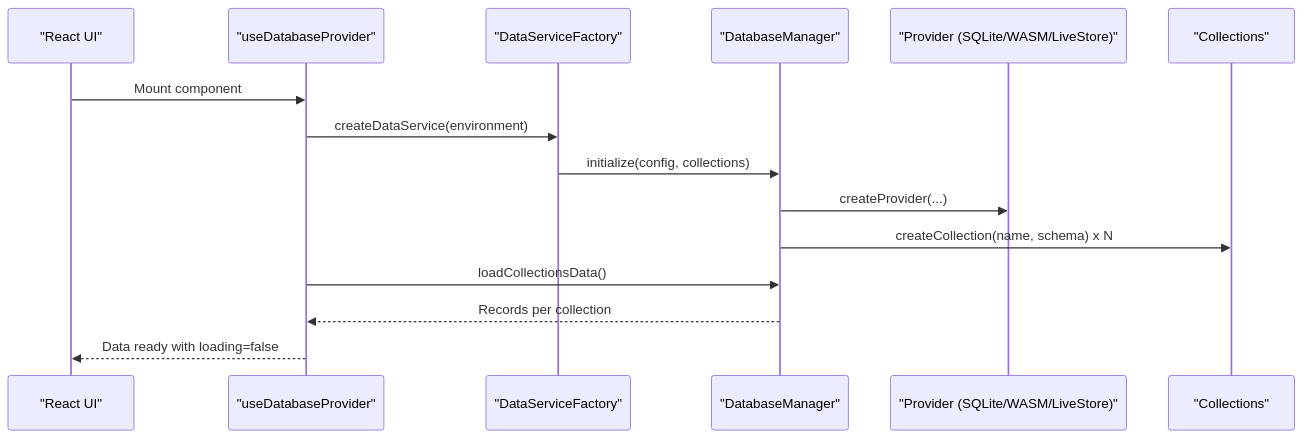
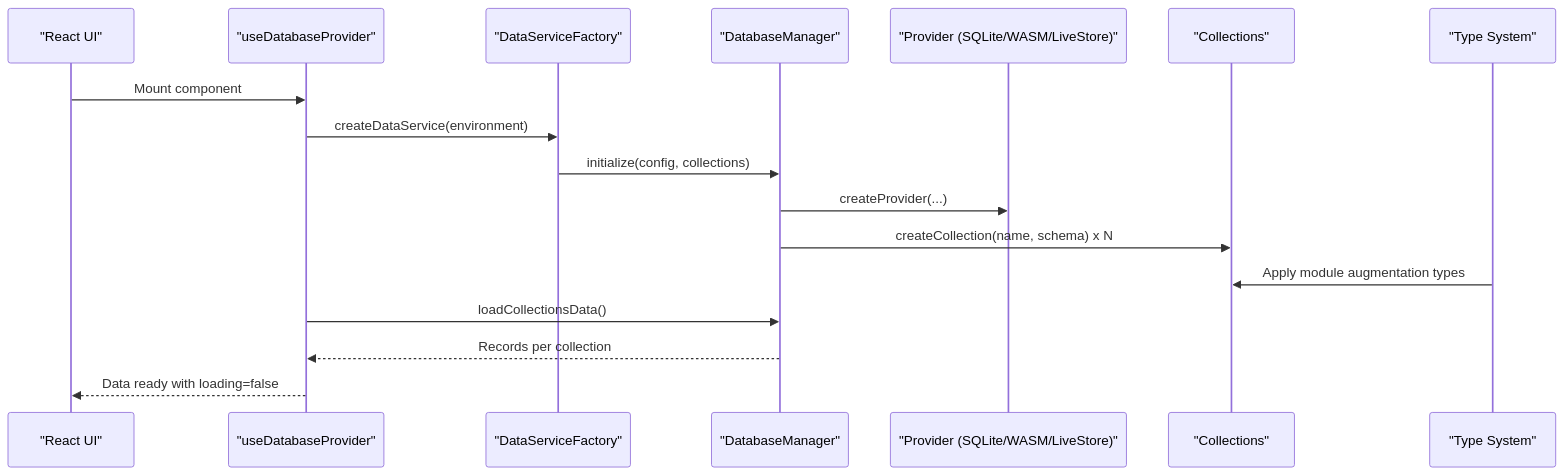
The second of 14 diagrams in .qoder/repowiki/en/content/Data Layer/Data Layer.md (geniusdynamics/schoolpilot), drawn with Mermaid before and after one commit. The commit also changed other lines of this file and 54 other files, not shown here.

````diff
--- a/.qoder/repowiki/en/content/Data Layer/Data Layer.md
+++ b/.qoder/repowiki/en/content/Data Layer/Data Layer.md
@@ -122,17 +176,19 @@
 ```mermaid
 sequenceDiagram
 participant UI as "React UI"
 participant Hook as "useDatabaseProvider"
 participant Factory as "DataServiceFactory"
 participant Manager as "DatabaseManager"
 participant Provider as "Provider (SQLite/WASM/LiveStore)"
 participant Cols as "Collections"
+participant Types as "Type System"
 UI->>Hook : Mount component
 Hook->>Factory : createDataService(environment)
 Factory->>Manager : initialize(config, collections)
 Manager->>Provider : createProvider(...)
 Manager->>Cols : createCollection(name, schema) x N
+Types->>Cols : Apply module augmentation types
 Hook->>Manager : loadCollectionsData()
 Manager-->>Hook : Records per collection
 Hook-->>UI : Data ready with loading=false
 ```
````
